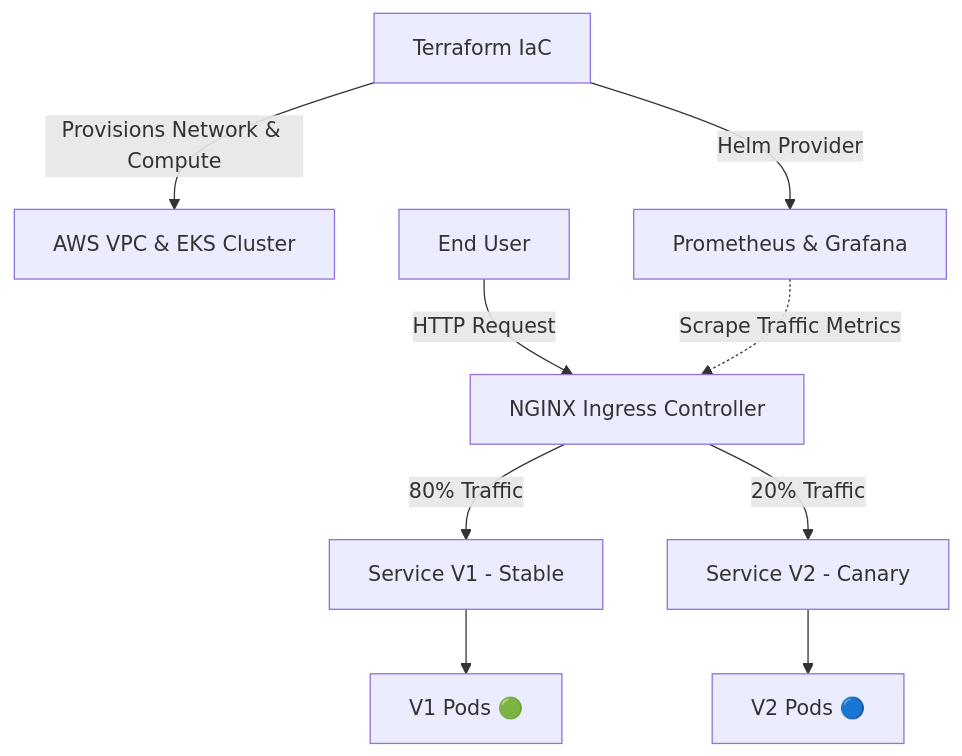
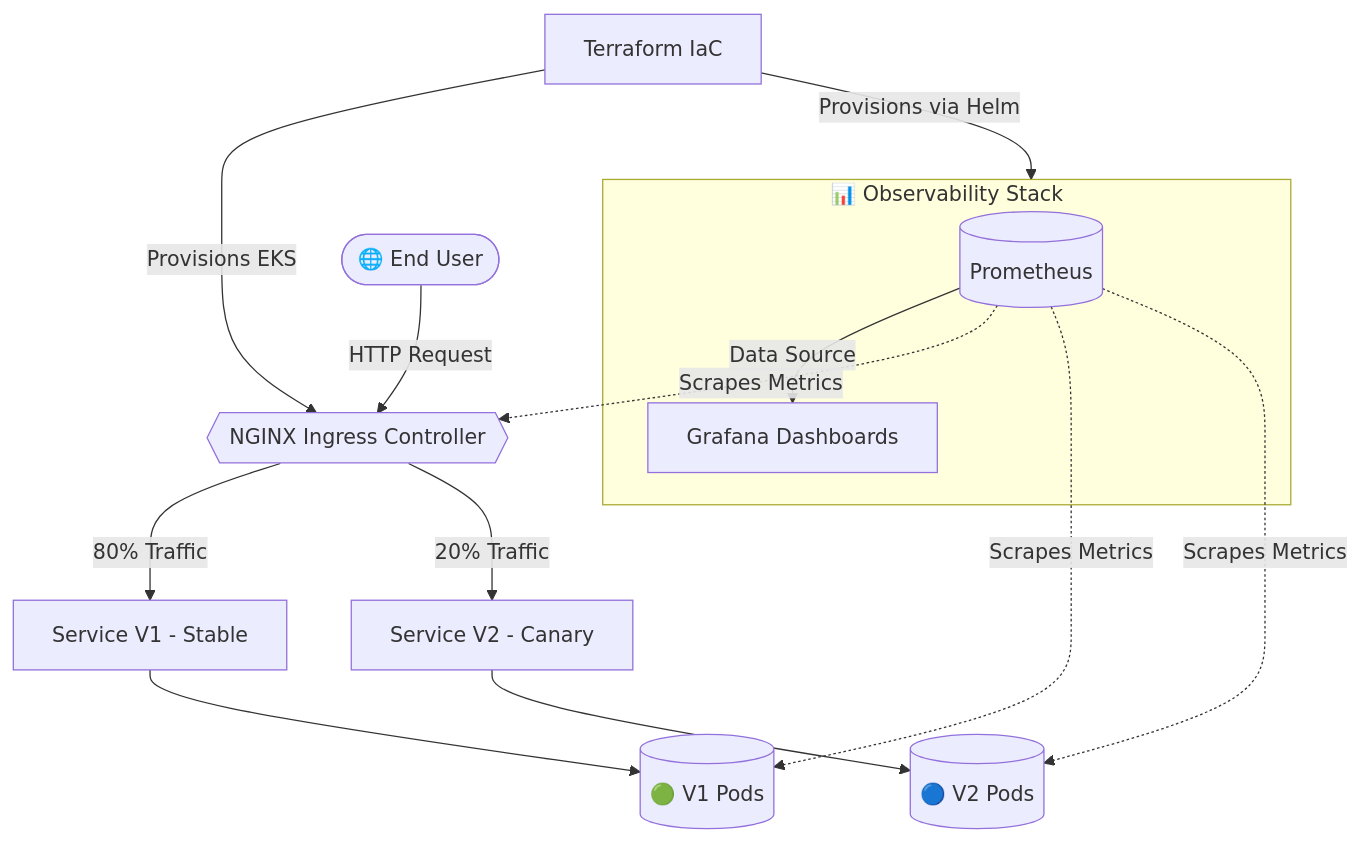
Before and after one commit to shipps-devops/aws-canary-deploy-lab: the diagram in README.md, drawn with Mermaid.

Commit message:
README ADD

````diff
--- a/README.md
+++ b/README.md
@@ -22,11 +22,23 @@
 ```mermaid
 graph TD;
-    Terraform[Terraform IaC] -->|Provisions Network & Compute| AWS[AWS VPC & EKS Cluster];
-    Terraform -->|Helm Provider| Monitoring[Prometheus & Grafana];
-    User[End User] -->|HTTP Request| Ingress[NGINX Ingress Controller];
+    User([🌐 End User]) -->|HTTP Request| Ingress{{NGINX Ingress Controller}};
+
     Ingress -->|80% Traffic| SVC1[Service V1 - Stable];
     Ingress -->|20% Traffic| SVC2[Service V2 - Canary];
-    SVC1 --> Pods1[V1 Pods 🟢];
-    SVC2 --> Pods2[V2 Pods 🔵];
-    Monitoring -.->|Scrape Traffic Metrics| Ingress;
+
+    SVC1 --> Pods1[(🟢 V1 Pods)];
+    SVC2 --> Pods2[(🔵 V2 Pods)];
+
+    subgraph Observability [📊 Observability Stack]
+        Prometheus[(Prometheus)]
+        Grafana[Grafana Dashboards]
+        Prometheus -->|Data Source| Grafana
+    end
+
+    Prometheus -.->|Scrapes Metrics| Ingress;
+    Prometheus -.->|Scrapes Metrics| Pods1;
+    Prometheus -.->|Scrapes Metrics| Pods2;
+
+    Terraform[Terraform IaC] -->|Provisions via Helm| Observability;
+    Terraform -->|Provisions EKS| Ingress;
 ```
````
